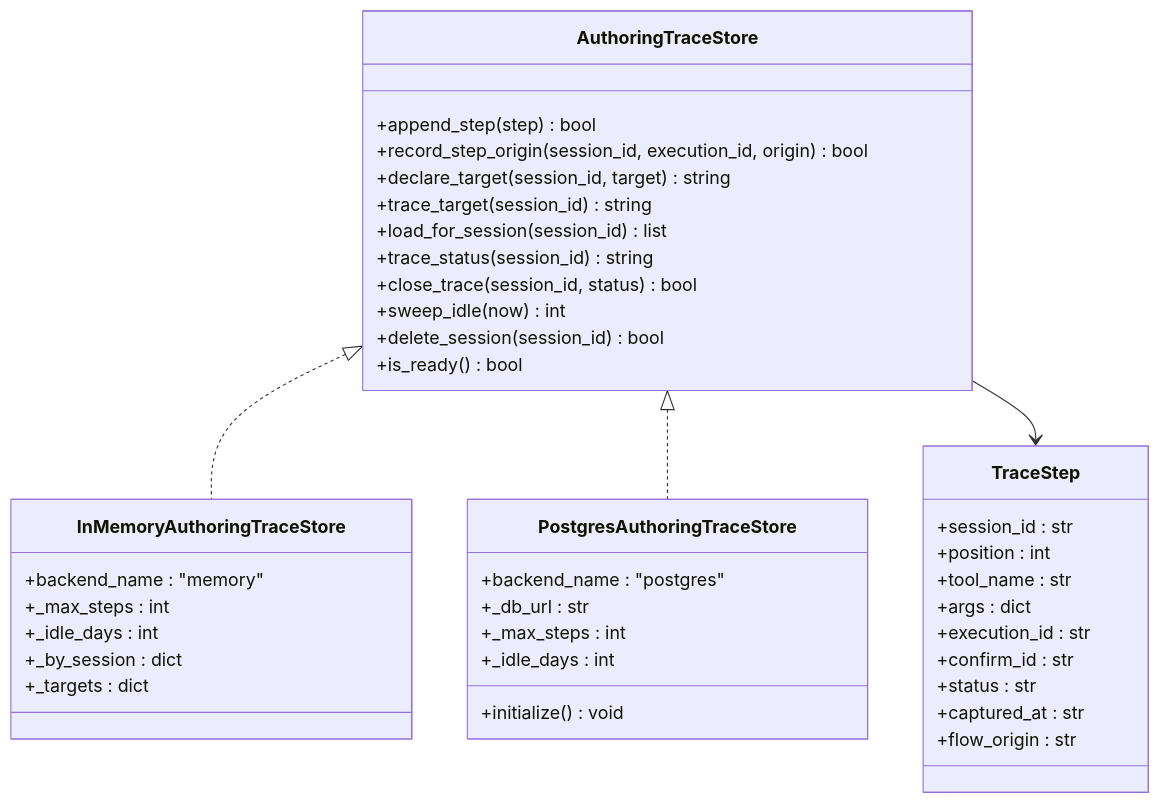
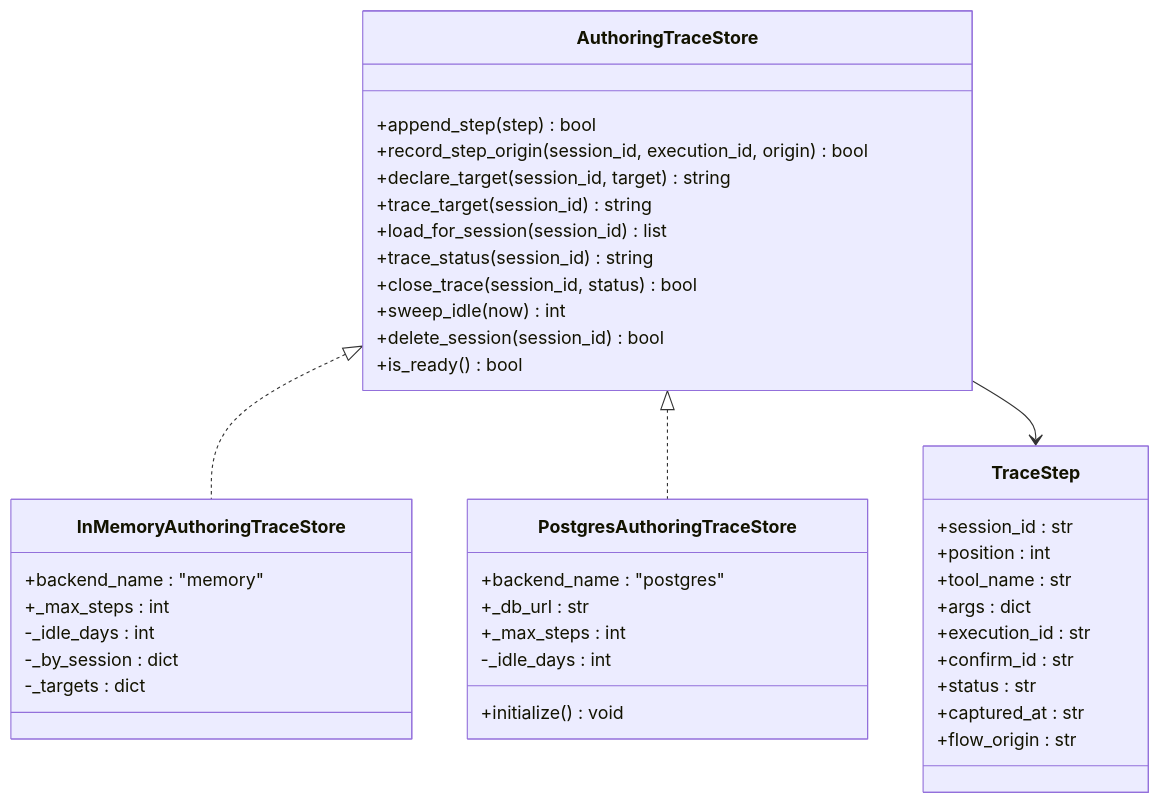
The third of 11 diagrams in .qoder/repowiki/en/content/Architecture Documentation/SPEC-055_ Develop-as-You-Go Skill Graduation.md (metasync/luban-aiops), drawn with Mermaid before and after one commit. The commit also changed other lines of this file and 6 other files, not shown here.

````diff
--- a/.qoder/repowiki/en/content/Architecture Documentation/SPEC-055_ Develop-as-You-Go Skill Graduation.md
+++ b/.qoder/repowiki/en/content/Architecture Documentation/SPEC-055_ Develop-as-You-Go Skill Graduation.md
@@ -265,43 +265,43 @@
 ```mermaid
 classDiagram
 class AuthoringTraceStore {
 +append_step(step) bool
 +record_step_origin(session_id, execution_id, origin) bool
 +declare_target(session_id, target) string
 +trace_target(session_id) string
 +load_for_session(session_id) list
 +trace_status(session_id) string
 +close_trace(session_id, status) bool
 +sweep_idle(now) int
 +delete_session(session_id) bool
 +is_ready() bool
 }
 class InMemoryAuthoringTraceStore {
 +backend_name : "memory"
 +_max_steps : int
-+_idle_days : int
-+_by_session : dict
-+_targets : dict
+-_idle_days : int
+-_by_session : dict
+-_targets : dict
 }
 class PostgresAuthoringTraceStore {
 +backend_name : "postgres"
 +_db_url : str
 +_max_steps : int
-+_idle_days : int
+-_idle_days : int
 +initialize() void
 }
 class TraceStep {
 +session_id : str
 +position : int
 +tool_name : str
 +args : dict
 +execution_id : str
 +confirm_id : str
 +status : str
 +captured_at : str
 +flow_origin : str
 }
 AuthoringTraceStore <|.. InMemoryAuthoringTraceStore
 AuthoringTraceStore <|.. PostgresAuthoringTraceStore
 AuthoringTraceStore --> TraceStep
 ```
````
